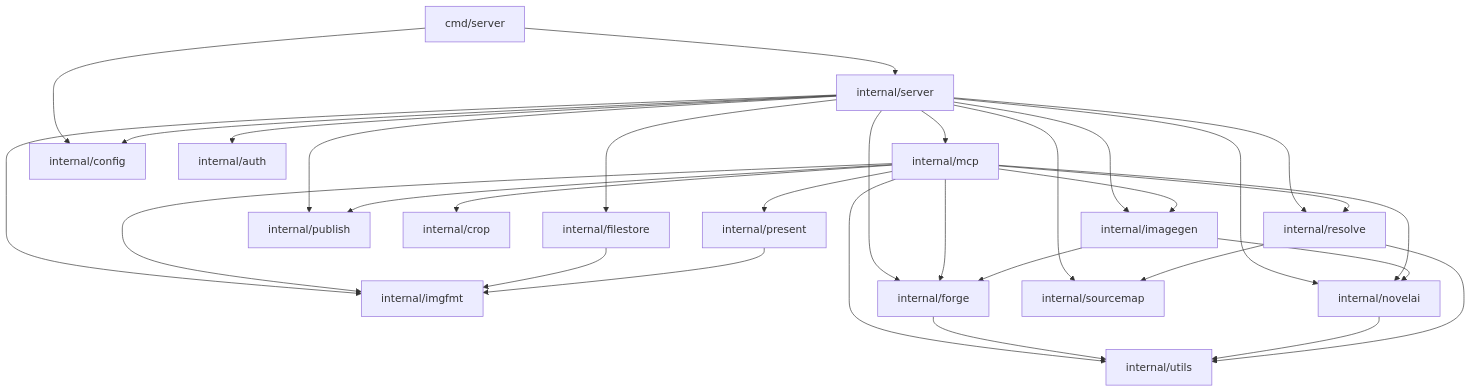
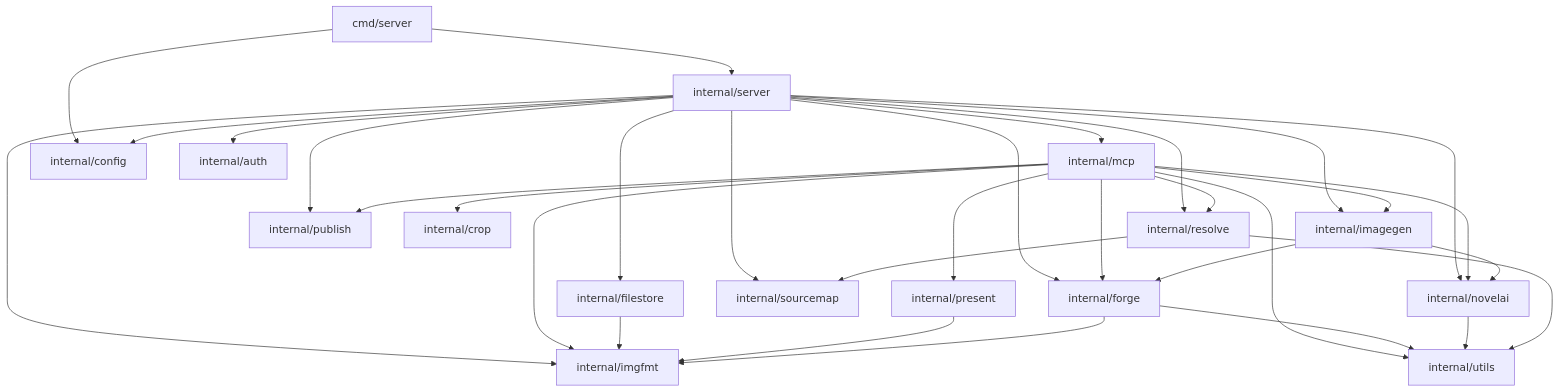
One commit to wishmatic/neo-mcp changed the diagram in AGENTS.md. Above: the diagram before and after it, drawn with Mermaid. The commit also changed 38 other files, not shown here.

````diff
--- a/AGENTS.md
+++ b/AGENTS.md
@@ -75,54 +75,55 @@
 ```mermaid
 flowchart TD
     cmd["cmd/server"]
     server["internal/server"]
     mcp["internal/mcp"]
     imagegen["internal/imagegen"]
     present["internal/present"]
     publish["internal/publish"]
     crop["internal/crop"]
     imgfmt["internal/imgfmt"]
     forge["internal/forge"]
     novelai["internal/novelai"]
     sourcemap["internal/sourcemap"]
     resolve["internal/resolve"]
     filestore["internal/filestore"]
     config["internal/config"]
     auth["internal/auth"]
     utils["internal/utils"]
 
     cmd --> server
     cmd --> config
 
     server --> mcp
     server --> imagegen
     server --> publish
     server --> auth
     server --> config
     server --> forge
     server --> novelai
     server --> resolve
     server --> filestore
     server --> imgfmt
     server --> sourcemap
 
     mcp --> imagegen
     mcp --> forge
     mcp --> crop
     mcp --> present
     mcp --> publish
     mcp --> imgfmt
     mcp --> novelai
     mcp --> resolve
     mcp --> utils
 
     imagegen --> forge
     imagegen --> novelai
     filestore --> imgfmt
     present --> imgfmt
 
+    forge --> imgfmt
     forge --> utils
     novelai --> utils
     resolve --> sourcemap
     resolve --> utils
 ```
````
